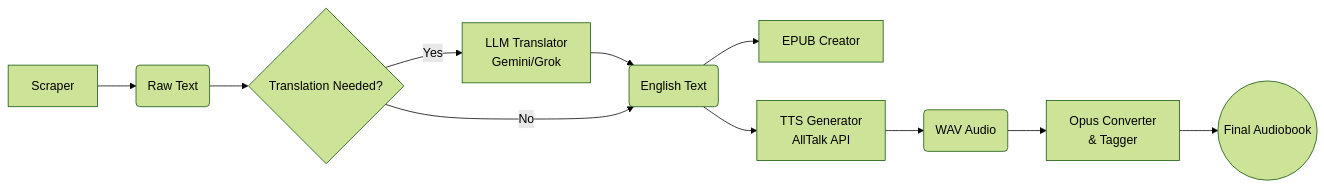
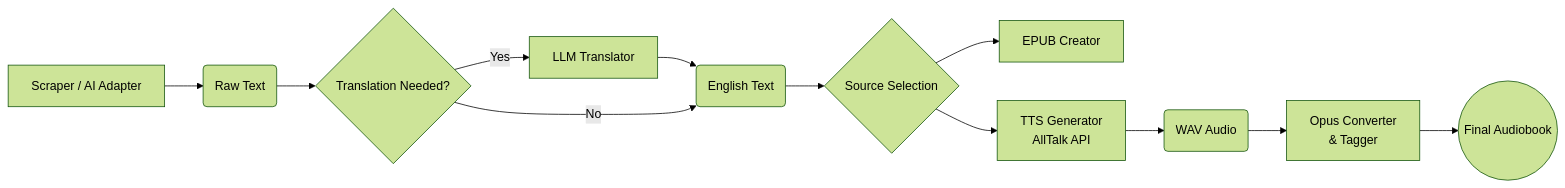
Before and after one commit to erlint1212/audiobook_creator: the diagram in README.md, drawn with Mermaid (forest theme). The commit also changed other lines of this file and 10 other files, not shown here.

````diff
--- a/README.md
+++ b/README.md
@@ -32,14 +29,15 @@
 ```mermaid
 graph LR
-    A[Scraper] --> B(Raw Text)
+    A[Scraper / AI Adapter] --> B(Raw Text)
     B --> C{Translation Needed?}
-    C -- Yes --> D[LLM Translator \n Gemini/Grok]
+    C -- Yes --> D[LLM Translator]
     D --> E(English Text)
     C -- No --> E
-    E --> F[EPUB Creator]
-    E --> G[TTS Generator \n AllTalk API]
-    G --> H(WAV Audio)
-    H --> I[Opus Converter \n & Tagger]
-    I --> J((Final Audiobook))
+    E --> F{Source Selection}
+    F --> G[EPUB Creator]
+    F --> H[TTS Generator \n AllTalk API]
+    H --> I(WAV Audio)
+    I --> J[Opus Converter \n & Tagger]
+    J --> K((Final Audiobook))
 
 ```
````
